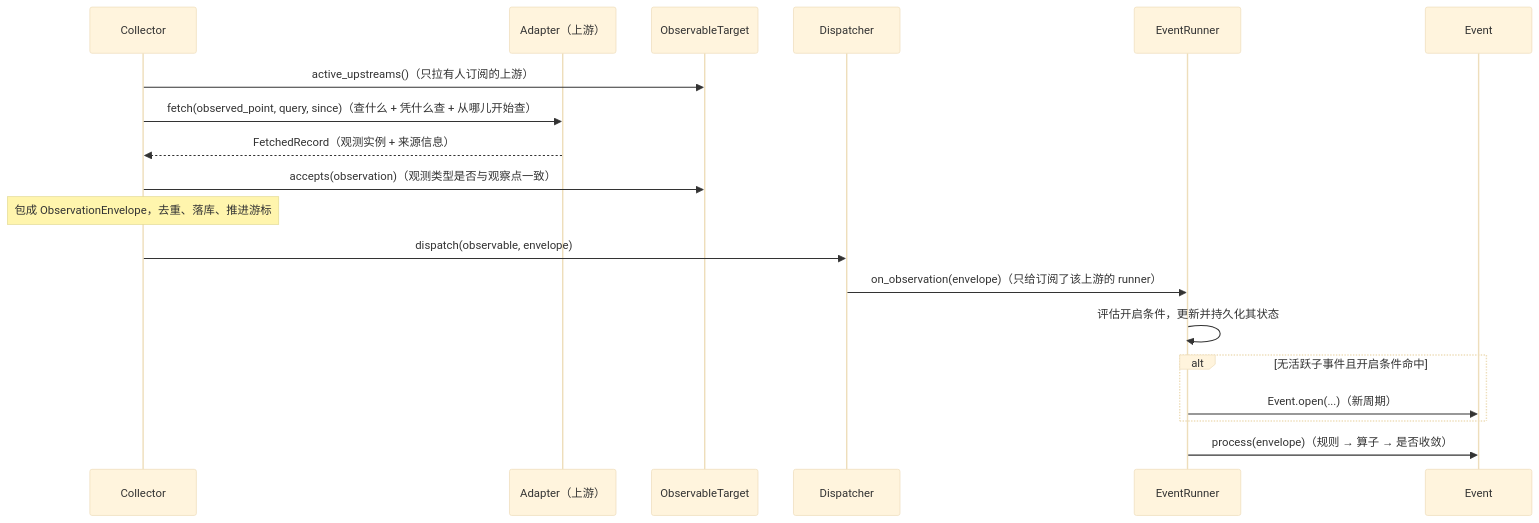
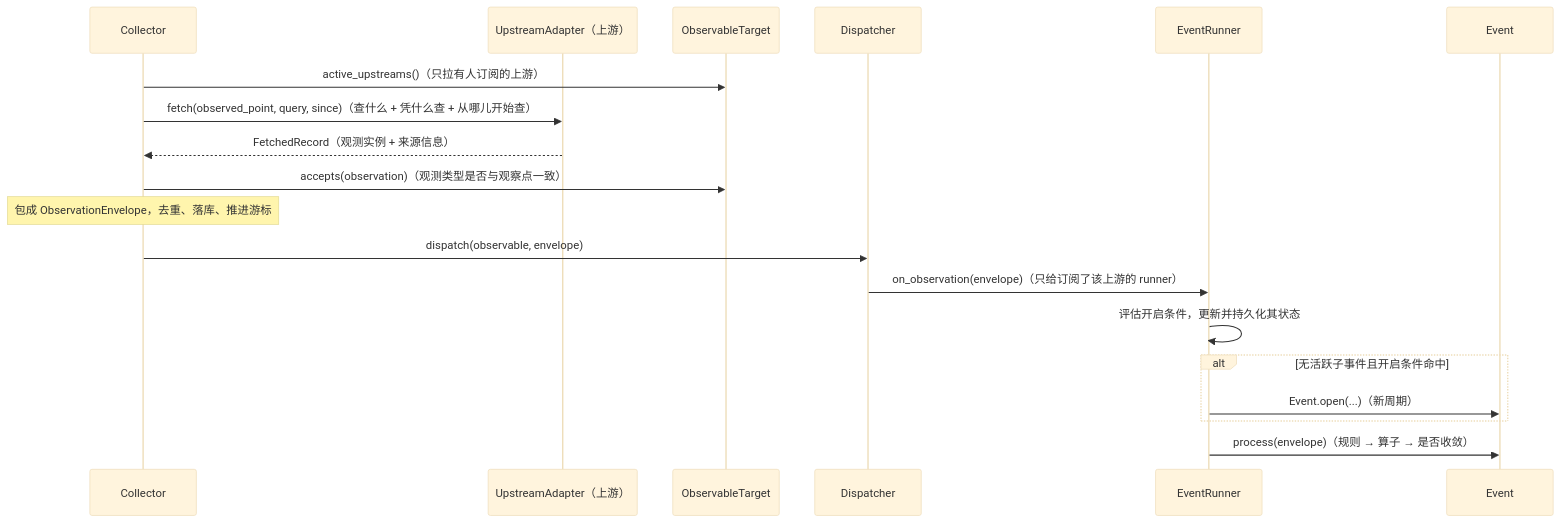
One commit to Jeromexsu/Orion changed the second of 5 diagrams in README.md. Above: the diagram before and after it, drawn with Mermaid (base theme). The commit also changed other lines of this file and 17 other files, not shown here.

First line of the commit message:
refactor(collector): rename Adapter to UpstreamAdapter

````diff
--- a/README.md
+++ b/README.md
@@ -62,22 +62,22 @@
 ```mermaid
 sequenceDiagram
   participant C as Collector
-  participant A as Adapter（上游）
+  participant A as UpstreamAdapter（上游）
   participant O as ObservableTarget
   participant D as Dispatcher
   participant R as EventRunner
   participant E as Event
 
   C->>O: active_upstreams()（只拉有人订阅的上游）
   C->>A: fetch(observed_point, query, since)（查什么 + 凭什么查 + 从哪儿开始查）
   A-->>C: FetchedRecord（观测实例 + 来源信息）
   C->>O: accepts(observation)（观测类型是否与观察点一致）
   Note over C: 包成 ObservationEnvelope，去重、落库、推进游标
   C->>D: dispatch(observable, envelope)
   D->>R: on_observation(envelope)（只给订阅了该上游的 runner）
   R->>R: 评估开启条件，更新并持久化其状态
   alt 无活跃子事件且开启条件命中
     R->>E: Event.open(...)（新周期）
   end
   R->>E: process(envelope)（规则 → 算子 → 是否收敛）
 ```
````
